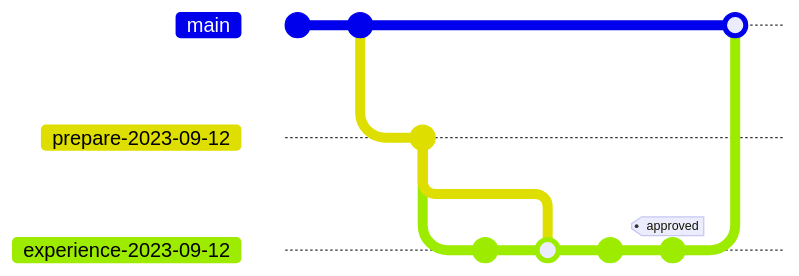
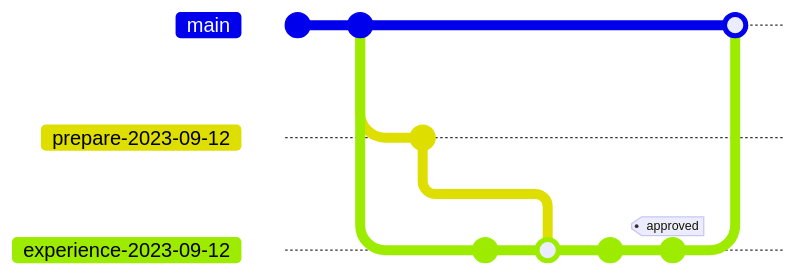
Before and after one commit to pelli18/fall2024: the second of 7 diagrams in syllabus/badges.md, drawn with Mermaid. The commit also changed other lines of this file and 12 other files, not shown here. Commit ids are hidden.

````diff
--- a/syllabus/badges.md
+++ b/syllabus/badges.md
@@ -278,17 +278,18 @@
 ```{mermaid}
 gitGraph
    commit
    commit
    checkout main
    branch prepare-2023-09-12
    checkout prepare-2023-09-12
    commit id: "gitunderstanding.md"
+   checkout main
    branch experience-2023-09-12
    checkout experience-2023-09-12
    commit id: "initexp"
    merge prepare-2023-09-12
    commit id: "fillinexp"
    commit id: "revisions" tag:"approved"
    checkout main
    merge experience-2023-09-12
 ```
````
